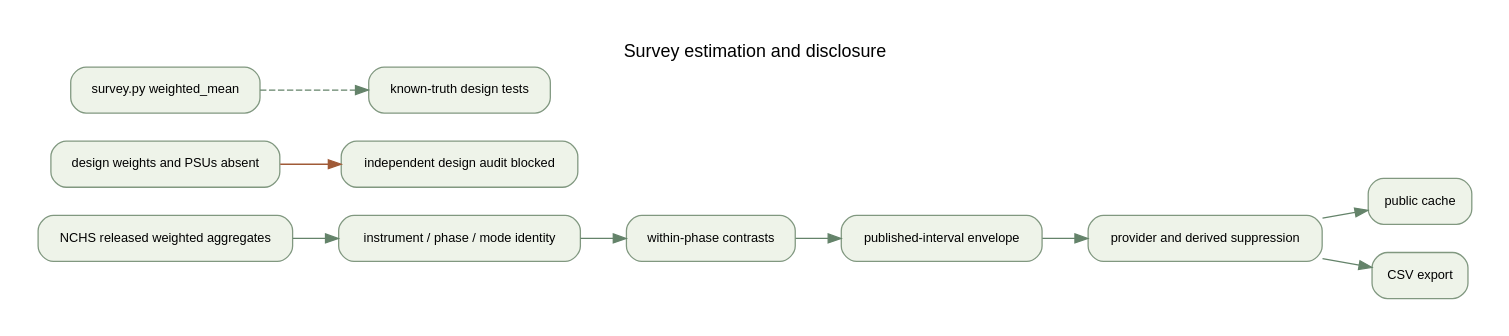
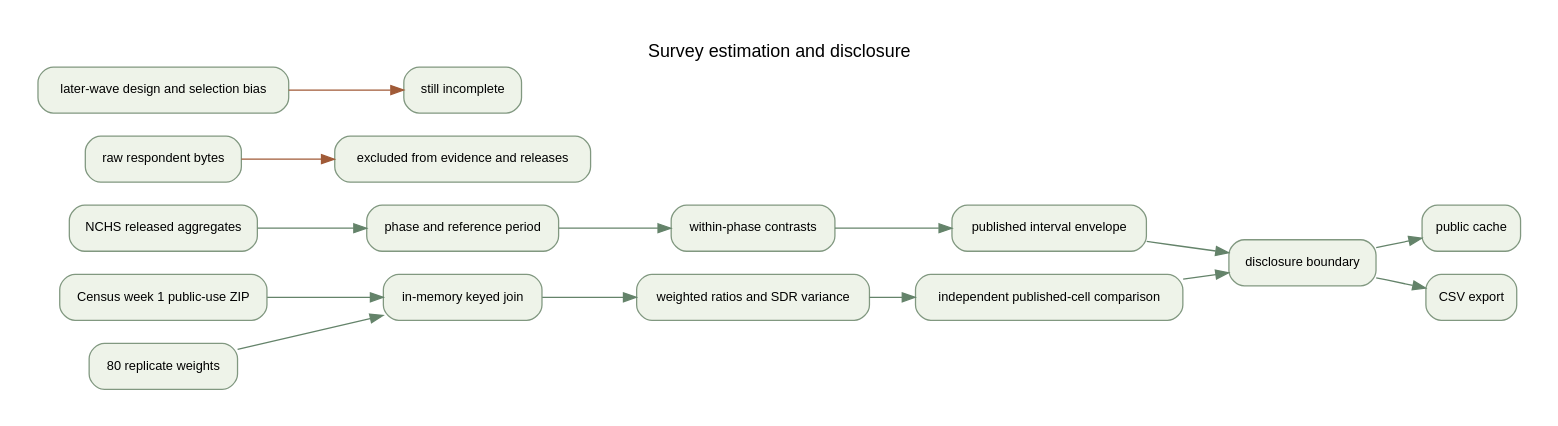
Before and after one commit to Aneesh495/aftershock-atlas: the diagram in docs/diagrams/06-survey.dot, drawn with Graphviz. The commit also changed 17 other files, not shown here.

```diff
--- a/docs/diagrams/06-survey.dot
+++ b/docs/diagrams/06-survey.dot
@@ -1,1 +1,11 @@
-digraph Atlas { graph [rankdir=LR,bgcolor="white",pad="0.3",nodesep="0.3",ranksep="0.5",fontname="Helvetica",label="Survey estimation and disclosure",labelloc=t]; node [shape=box,style="rounded,filled",fillcolor="#eef3e9",color="#819880",fontname="Helvetica",fontsize=10,margin="0.14,0.1"]; edge [color="#64836a",fontname="Helvetica",fontsize=8]; "NCHS released weighted aggregates" -> "instrument / phase / mode identity"; "instrument / phase / mode identity" -> "within-phase contrasts"; "within-phase contrasts" -> "published-interval envelope"; "published-interval envelope" -> "provider and derived suppression"; "provider and derived suppression" -> {"public cache" "CSV export"}; "design weights and PSUs absent" -> "independent design audit blocked" [color="#a05a37"]; "survey.py weighted_mean" -> "known-truth design tests" [style=dashed]; }
+digraph Atlas {
+ graph [rankdir=LR,bgcolor="white",pad="0.3",fontname="Helvetica",label="Survey estimation and disclosure",labelloc=t];
+ node [shape=box,style="rounded,filled",fillcolor="#eef3e9",color="#819880",fontname="Helvetica",fontsize=10];
+ edge [color="#64836a",fontname="Helvetica",fontsize=8];
+ "NCHS released aggregates" -> "phase and reference period" -> "within-phase contrasts" -> "published interval envelope" -> "disclosure boundary";
+ "Census week 1 public-use ZIP" -> "in-memory keyed join";
+ "80 replicate weights" -> "in-memory keyed join" -> "weighted ratios and SDR variance" -> "independent published-cell comparison" -> "disclosure boundary";
+ "disclosure boundary" -> {"public cache" "CSV export"};
+ "raw respondent bytes" -> "excluded from evidence and releases" [color="#a05a37"];
+ "later-wave design and selection bias" -> "still incomplete" [color="#a05a37"];
+}
```
